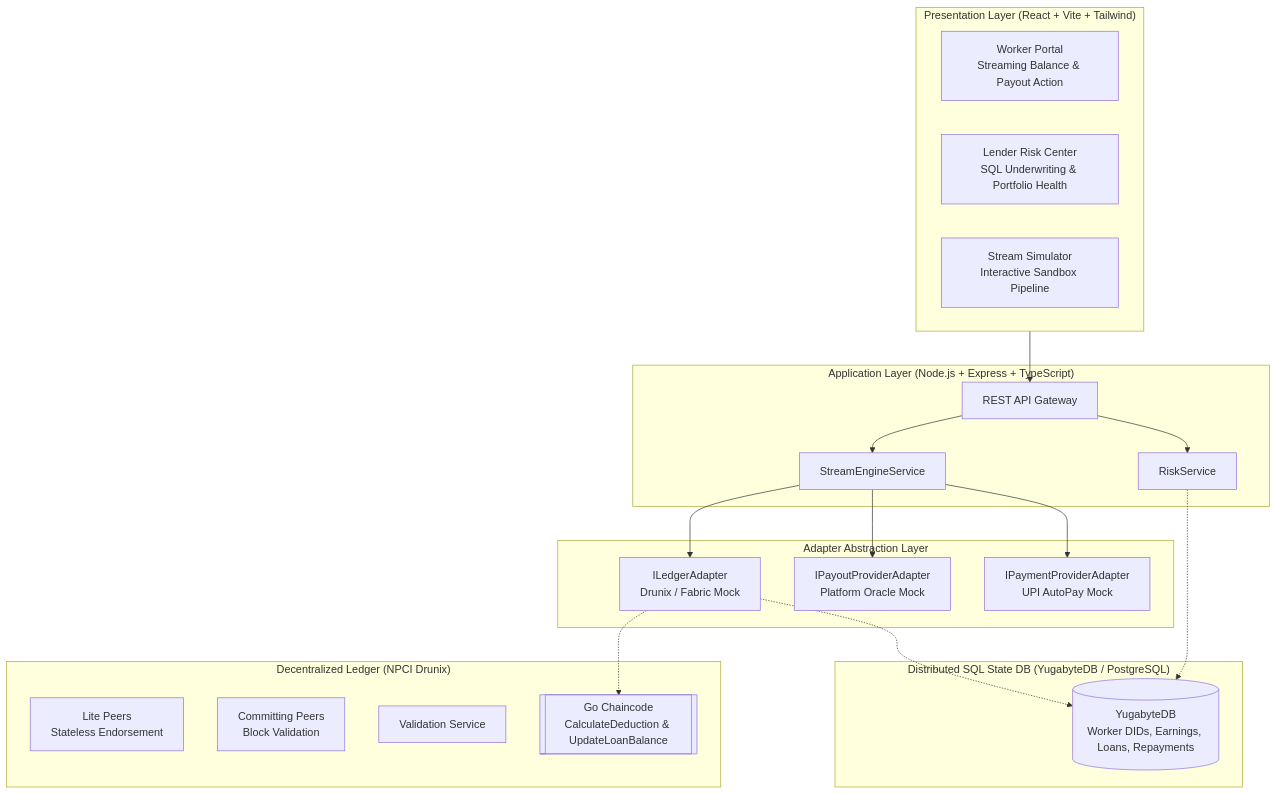
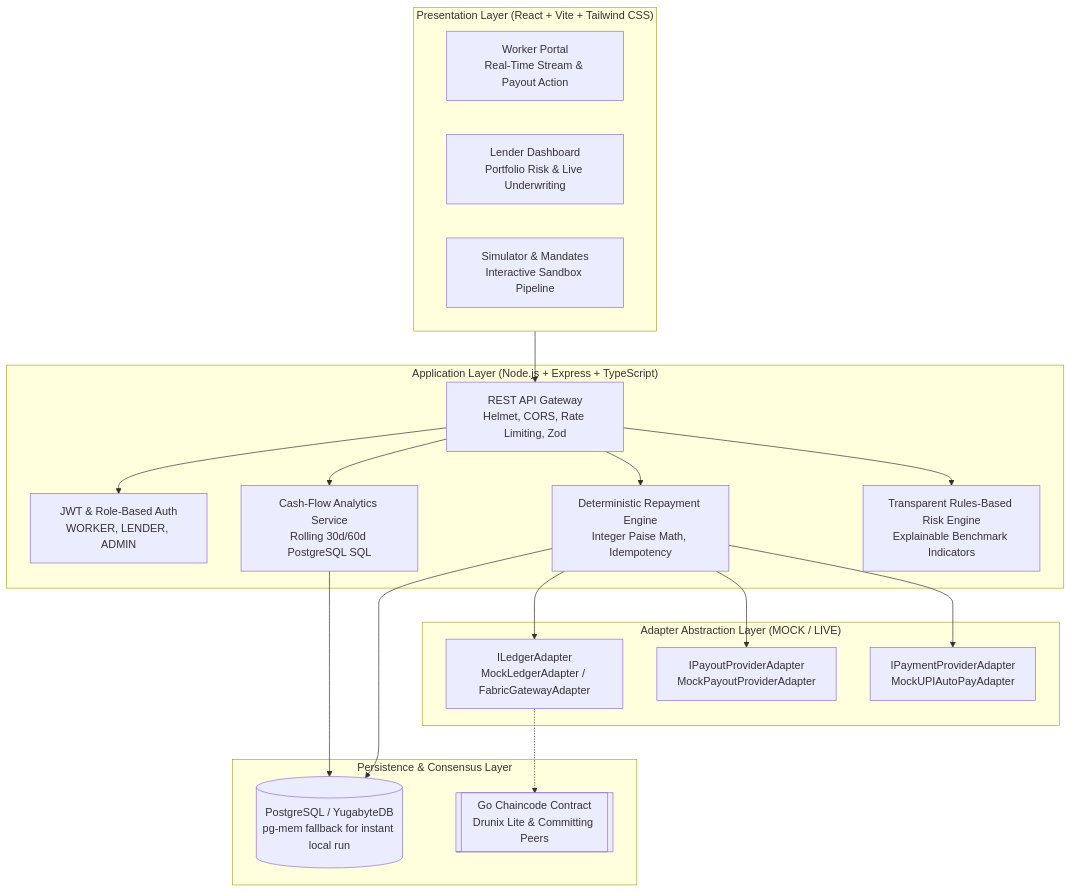
One commit to bavneeksingh/Micro-Stream changed the diagram in docs/architecture.md. Above: the diagram before and after it, drawn with Mermaid. The commit also changed other lines of this file and 11 other files, not shown here.

Commit message:
feat: initialize backend API, database schema, and dev scripts for micro-credit streaming monorepo

````diff
--- a/docs/architecture.md
+++ b/docs/architecture.md
@@ -21,41 +39,39 @@
 ```mermaid
 flowchart TD
-    subgraph Clients["Presentation Layer (React + Vite + Tailwind)"]
-        W[Worker Portal<br/>Streaming Balance & Payout Action]
-        L[Lender Risk Center<br/>SQL Underwriting & Portfolio Health]
-        S[Stream Simulator<br/>Interactive Sandbox Pipeline]
+    subgraph Clients["Presentation Layer (React + Vite + Tailwind CSS)"]
+        W[Worker Portal<br/>Real-Time Stream & Payout Action]
+        L[Lender Dashboard<br/>Portfolio Risk & Live Underwriting]
+        S[Simulator & Mandates<br/>Interactive Sandbox Pipeline]
     end
 
     subgraph Middleware["Application Layer (Node.js + Express + TypeScript)"]
-        API[REST API Gateway]
-        SE[StreamEngineService]
-        RS[RiskService]
-        API --> SE
-        API --> RS
+        API[REST API Gateway<br/>Helmet, CORS, Rate Limiting, Zod]
+        AUTH[JWT & Role-Based Auth<br/>WORKER, LENDER, ADMIN]
+        SE[Deterministic Repayment Engine<br/>Integer Paise Math, Idempotency]
+        CA[Cash-Flow Analytics Service<br/>Rolling 30d/60d PostgreSQL SQL]
+        RE[Transparent Rules-Based Risk Engine<br/>Explainable Benchmark Indicators]
     end
 
-    subgraph Adapters["Adapter Abstraction Layer"]
-        LA[ILedgerAdapter<br/>Drunix / Fabric Mock]
-        PA[IPayoutProviderAdapter<br/>Platform Oracle Mock]
-        UA[IPaymentProviderAdapter<br/>UPI AutoPay Mock]
-        SE --> LA
-        SE --> PA
-        SE --> UA
+    subgraph Adapters["Adapter Abstraction Layer (MOCK / LIVE)"]
+        LA[ILedgerAdapter<br/>MockLedgerAdapter / FabricGatewayAdapter]
+        PA[IPayoutProviderAdapter<br/>MockPayoutProviderAdapter]
+        UA[IPaymentProviderAdapter<br/>MockUPIAutoPayAdapter]
     end
 
-    subgraph Blockchain["Decentralized Ledger (NPCI Drunix)"]
-        LP[Lite Peers<br/>Stateless Endorsement]
-        CP[Committing Peers<br/>Block Validation]
-        VS[Validation Service]
-        CC[[Go Chaincode<br/>CalculateDeduction & UpdateLoanBalance]]
-    end
-
-    subgraph StateDB["Distributed SQL State DB (YugabyteDB / PostgreSQL)"]
-        YSQL[(YugabyteDB<br/>Worker DIDs, Earnings, Loans, Repayments)]
+    subgraph Persistence["Persistence & Consensus Layer"]
+        PG[(PostgreSQL / YugabyteDB<br/>pg-mem fallback for instant local run)]
+        GO[[Go Chaincode Contract<br/>Drunix Lite & Committing Peers]]
     end
 
     Clients --> API
-    LA -.-> CC
-    LA -.-> YSQL
-    RS -.-> YSQL
+    API --> AUTH
+    API --> SE
+    API --> CA
+    API --> RE
+    SE --> LA
+    SE --> PA
+    SE --> UA
+    LA -.-> GO
+    CA --> PG
+    SE --> PG
 ```
````
